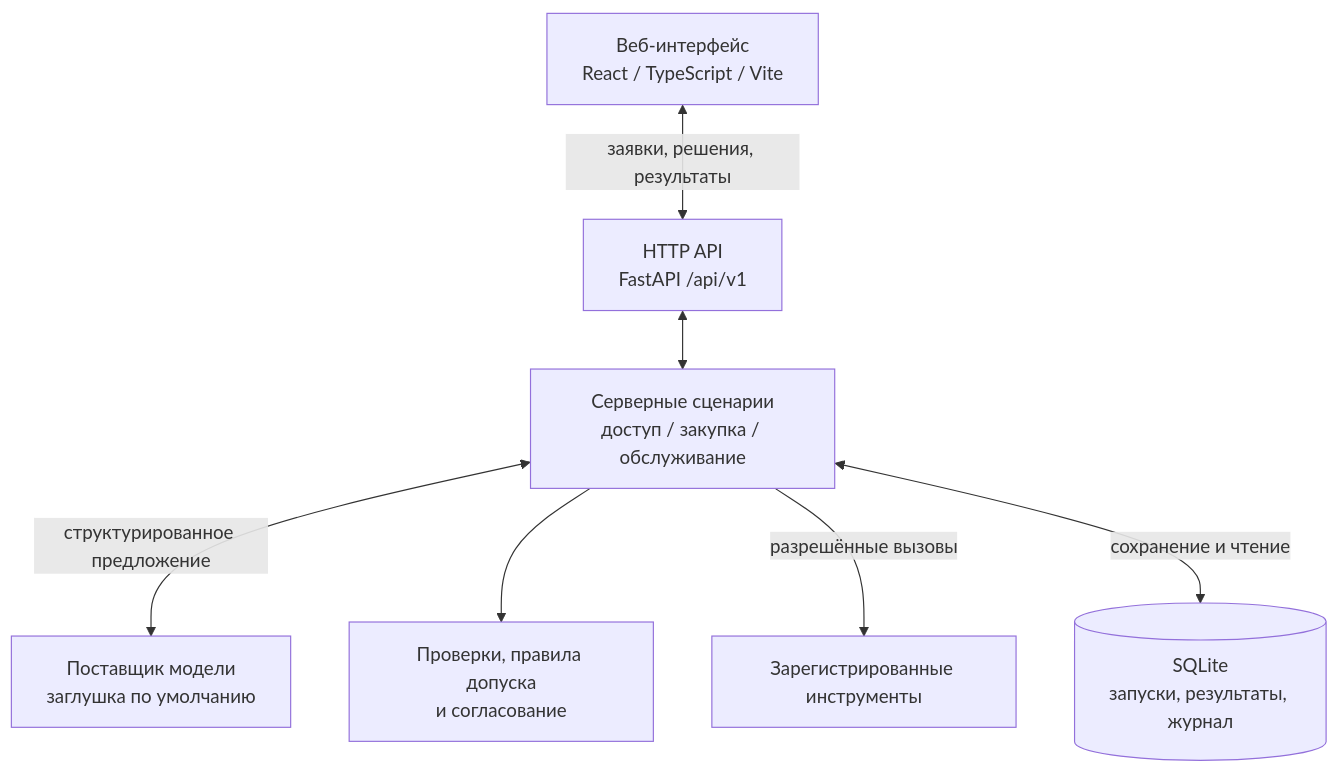
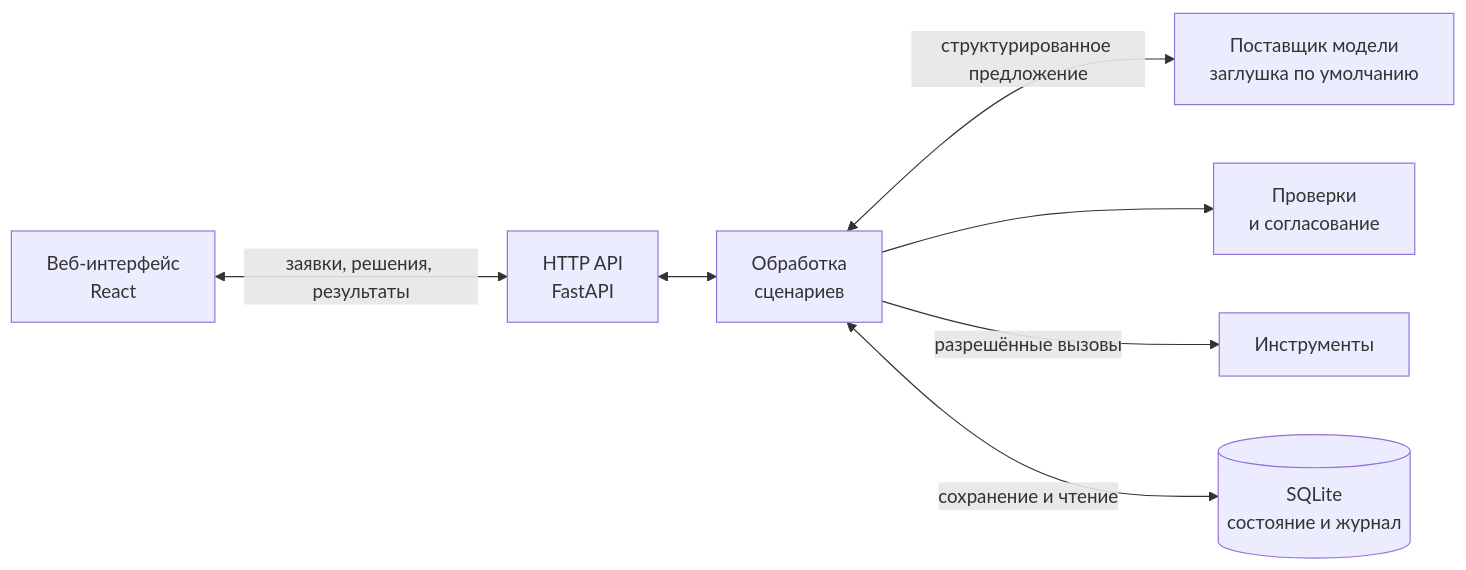
The first of 2 diagrams in README.md (Vkuvalin/enterprise-ai-tool-gateway), drawn with Mermaid before and after one commit. The commit also changed other lines of this file, not shown here.

Commit message:
docs: compact README diagrams after visual review

````diff
--- a/README.md
+++ b/README.md
@@ -128,17 +128,17 @@
 ```mermaid
-flowchart TB
-    UI["Веб-интерфейс<br/>React / TypeScript / Vite"]
-    API["HTTP API<br/>FastAPI /api/v1"]
-    Runtime["Серверные сценарии<br/>доступ / закупка / обслуживание"]
+flowchart LR
+    UI["Веб-интерфейс<br/>React"]
+    API["HTTP API<br/>FastAPI"]
+    Runtime["Обработка<br/>сценариев"]
     Provider["Поставщик модели<br/>заглушка по умолчанию"]
-    Controls["Проверки, правила допуска<br/>и согласование"]
-    Tools["Зарегистрированные инструменты"]
-    DB[("SQLite<br/>запуски, результаты, журнал")]
+    Controls["Проверки<br/>и согласование"]
+    Tools["Инструменты"]
+    DB[("SQLite<br/>состояние и журнал")]
 
     UI <-->|"заявки, решения, результаты"| API
     API <--> Runtime
     Runtime <-->|"структурированное предложение"| Provider
     Runtime --> Controls
     Runtime -->|"разрешённые вызовы"| Tools
     Runtime <-->|"сохранение и чтение"| DB
 ```
````
